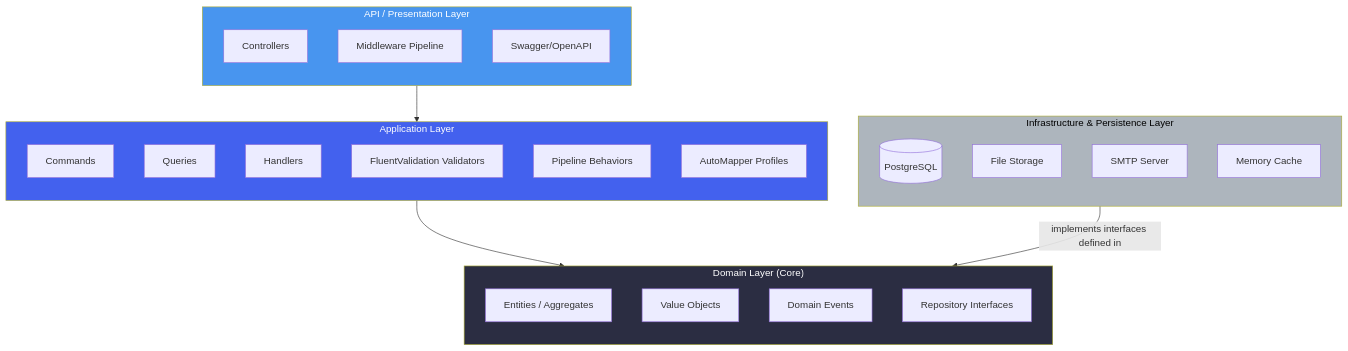
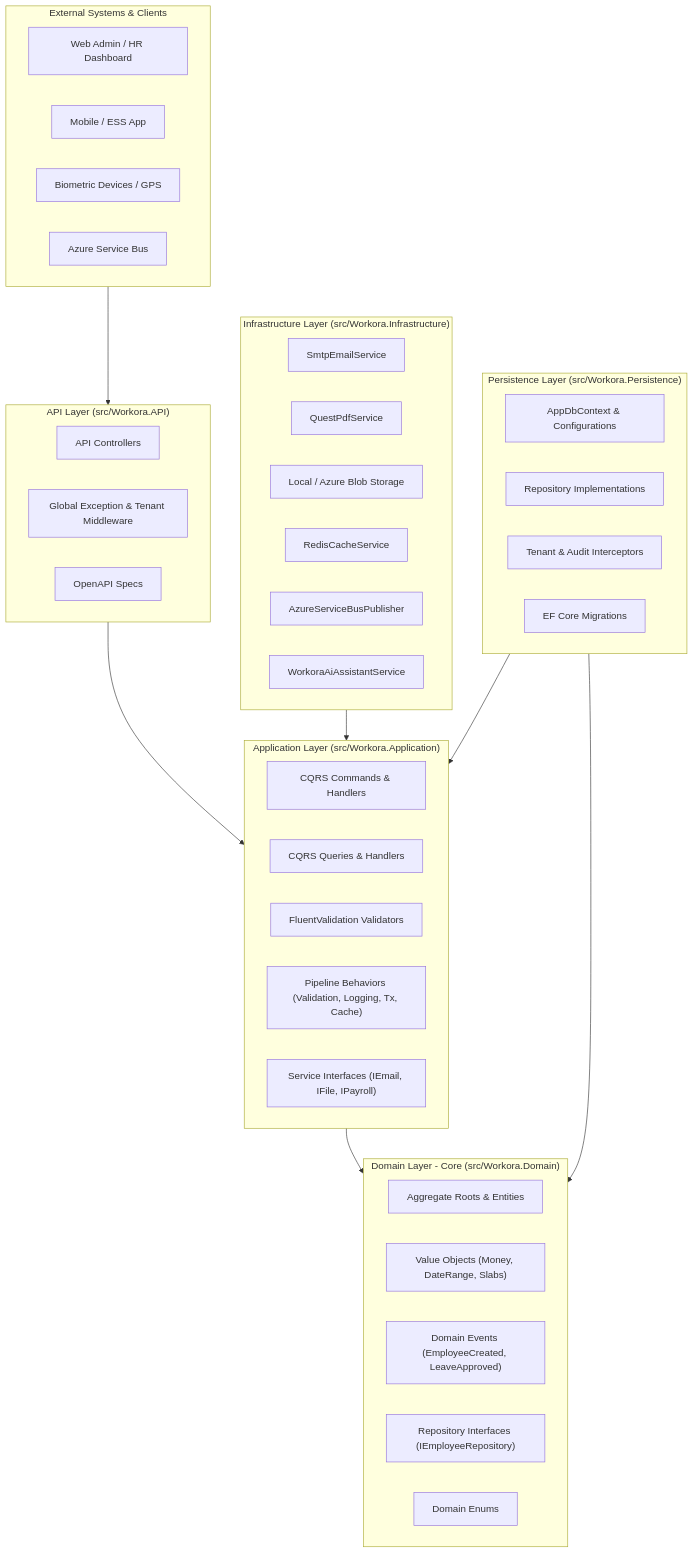
One commit to satyakidushyant/workora changed the second of 11 diagrams in backend/docs/TechnicalDocument.md. Above: the diagram before and after it, drawn with Mermaid. The commit also changed other lines of this file and 155 other files, not shown here.

Commit message:
feat(backend): implement missing domain entities, CQRS slices, and API controllers

````diff
--- a/backend/docs/TechnicalDocument.md
+++ b/backend/docs/TechnicalDocument.md
@@ -127,41 +184,54 @@
 ```mermaid
 flowchart TB
-    subgraph Outer["Infrastructure & Persistence Layer"]
-        direction TB
-        DB[(PostgreSQL)]
-        FS[File Storage]
-        SMTP[SMTP Server]
-        Cache[Memory Cache]
-    end
-    subgraph API["API / Presentation Layer"]
-        direction TB
-        Controllers[Controllers]
-        Middleware[Middleware Pipeline]
-        Swagger[Swagger/OpenAPI]
-    end
-    subgraph Application["Application Layer"]
-        direction TB
-        Commands[Commands]
-        Queries[Queries]
-        Handlers[Handlers]
-        Validators[FluentValidation Validators]
-        Behaviors[Pipeline Behaviors]
-        Mappings[AutoMapper Profiles]
-    end
-    subgraph Domain["Domain Layer (Core)"]
-        direction TB
-        Entities[Entities / Aggregates]
-        ValueObjects[Value Objects]
-        DomainEvents[Domain Events]
-        Interfaces[Repository Interfaces]
+    subgraph External["External Systems & Clients"]
+        WebAdmin["Web Admin / HR Dashboard"]
+        MobileApp["Mobile / ESS App"]
+        Biometric["Biometric Devices / GPS"]
+        AzureSB["Azure Service Bus"]
     end
 
-    API --> Application
-    Application --> Domain
-    Outer -->|implements interfaces defined in| Domain
+    subgraph Presentation["API Layer (src/Workora.API)"]
+        Controllers["API Controllers"]
+        Middleware["Global Exception & Tenant Middleware"]
+        Swagger["OpenAPI Specs"]
+    end
 
-    style Domain fill:#2b2d42,color:#fff
-    style Application fill:#4361ee,color:#fff
-    style API fill:#4895ef,color:#fff
-    style Outer fill:#adb5bd,color:#000
+    subgraph ApplicationLayer["Application Layer (src/Workora.Application)"]
+        Commands["CQRS Commands & Handlers"]
+        Queries["CQRS Queries & Handlers"]
+        Validators["FluentValidation Validators"]
+        Behaviors["Pipeline Behaviors (Validation, Logging, Tx, Cache)"]
+        Interfaces["Service Interfaces (IEmail, IFile, IPayroll)"]
+    end
+
+    subgraph DomainLayer["Domain Layer - Core (src/Workora.Domain)"]
+        Entities["Aggregate Roots & Entities"]
+        ValueObjects["Value Objects (Money, DateRange, Slabs)"]
+        DomainEvents["Domain Events (EmployeeCreated, LeaveApproved)"]
+        RepoInterfaces["Repository Interfaces (IEmployeeRepository)"]
+        Enums["Domain Enums"]
+    end
+
+    subgraph InfrastructureLayer["Infrastructure Layer (src/Workora.Infrastructure)"]
+        EmailSvc["SmtpEmailService"]
+        PdfSvc["QuestPdfService"]
+        FileStore["Local / Azure Blob Storage"]
+        RedisSvc["RedisCacheService"]
+        EventBus["AzureServiceBusPublisher"]
+        AIService["WorkoraAiAssistantService"]
+    end
+
+    subgraph PersistenceLayer["Persistence Layer (src/Workora.Persistence)"]
+        AppDb["AppDbContext & Configurations"]
+        Repos["Repository Implementations"]
+        Interceptors["Tenant & Audit Interceptors"]
+        Migrations["EF Core Migrations"]
+    end
+
+    External --> Presentation
+    Presentation --> ApplicationLayer
+    ApplicationLayer --> DomainLayer
+    InfrastructureLayer --> ApplicationLayer
+    PersistenceLayer --> DomainLayer
+    PersistenceLayer --> ApplicationLayer
 ```
````
